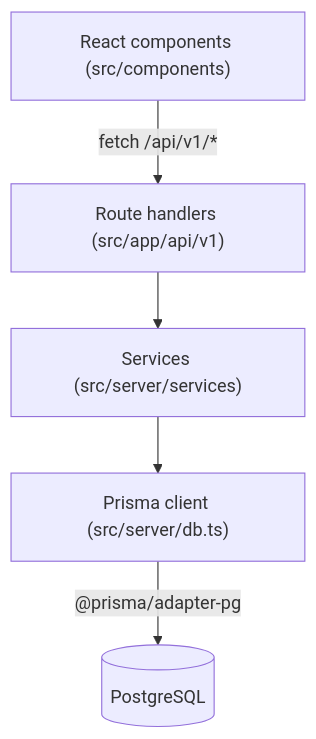
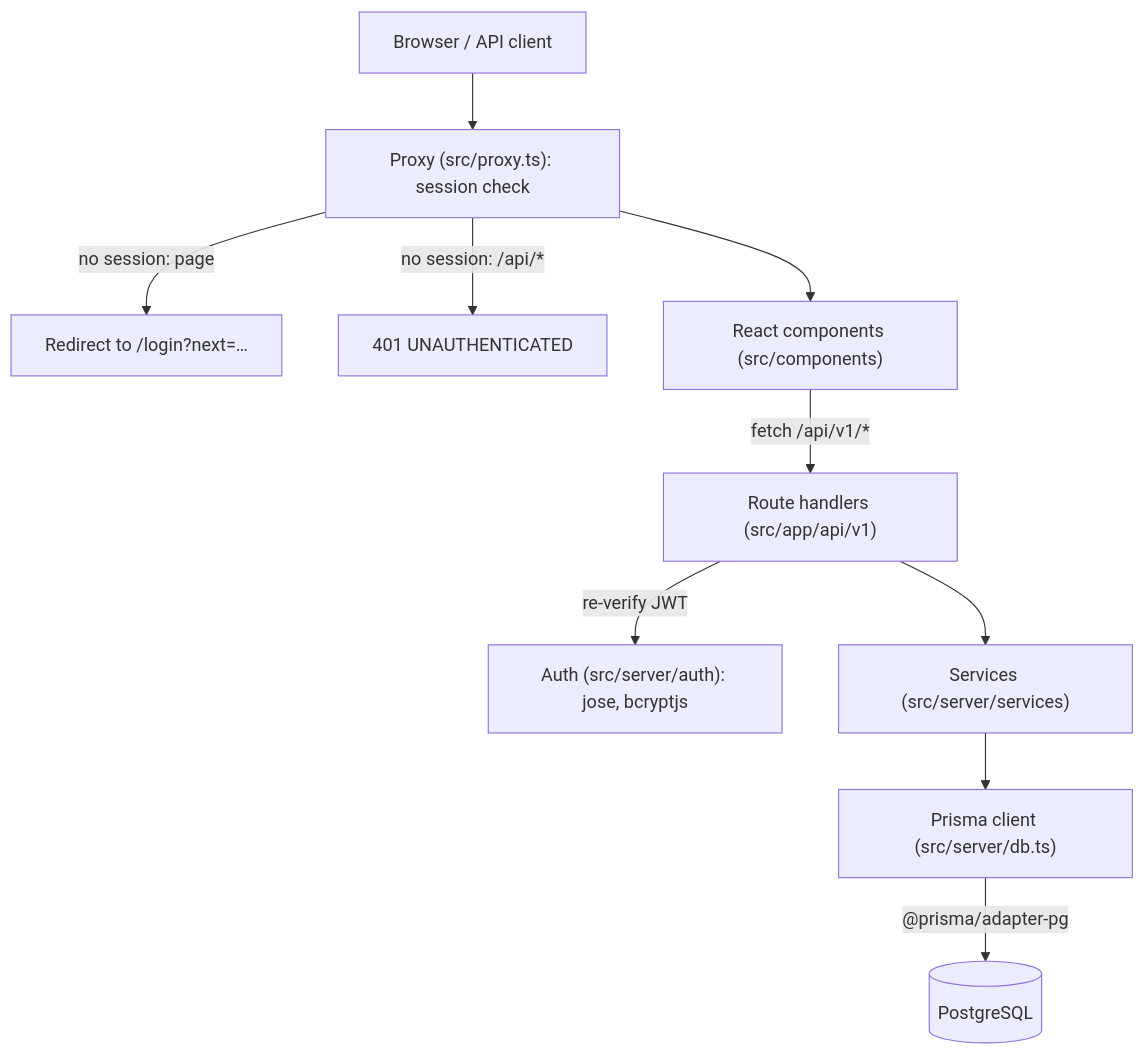
One commit to stone-coding/team-task-board-copilot changed the first of 2 diagrams in docs/architecture.md. Above: the diagram before and after it, drawn with Mermaid. The commit also changed other lines of this file and 2 other files, not shown here.

Commit message:
docs(#4): document auth endpoints, JWT session decision, and proxy layer
Adds docs/api/openapi.yaml (register, login, logout, me), ADR 001 (JWT cookie sessions, all pages protected so #6 E2E signs in first), and the auth layer in docs/architecture.md.

Refs #4

````diff
--- a/docs/architecture.md
+++ b/docs/architecture.md
@@ -7,7 +7,12 @@
 ```mermaid
 flowchart TD
-  UI["React components (src/components)"] -->|"fetch /api/v1/*"| API["Route handlers (src/app/api/v1)"]
+  Browser["Browser / API client"] --> Proxy["Proxy (src/proxy.ts): session check"]
+  Proxy -->|"no session: page"| Login["Redirect to /login?next=…"]
+  Proxy -->|"no session: /api/*"| E401["401 UNAUTHENTICATED"]
+  Proxy --> UI["React components (src/components)"]
+  UI -->|"fetch /api/v1/*"| API["Route handlers (src/app/api/v1)"]
+  API -->|"re-verify JWT"| Auth["Auth (src/server/auth): jose, bcryptjs"]
   API --> Services["Services (src/server/services)"]
   Services --> DB["Prisma client (src/server/db.ts)"]
   DB -->|"@prisma/adapter-pg"| PG[("PostgreSQL")]
 ```
````
